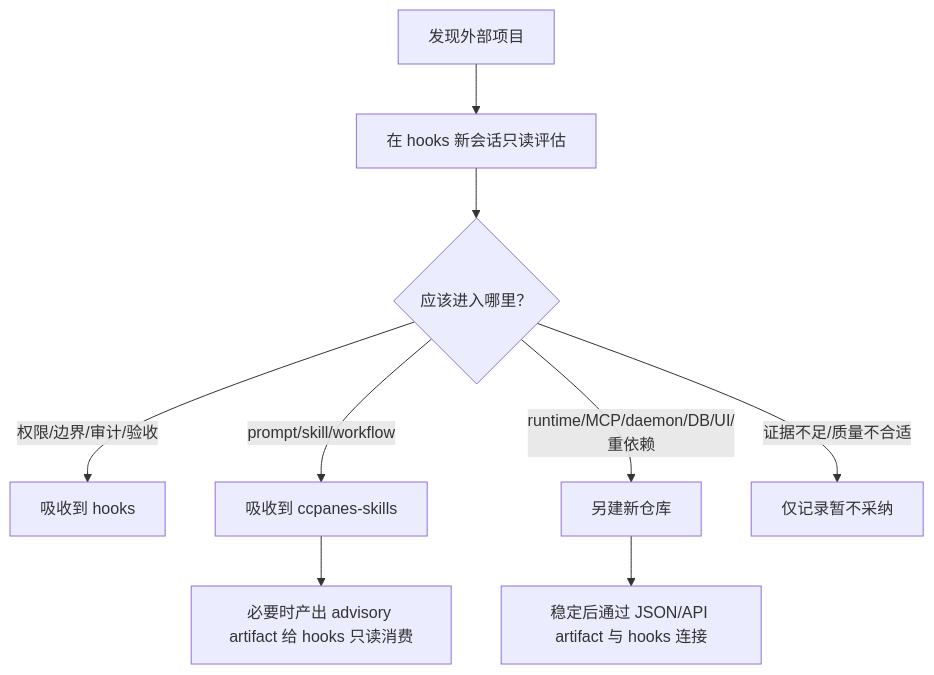
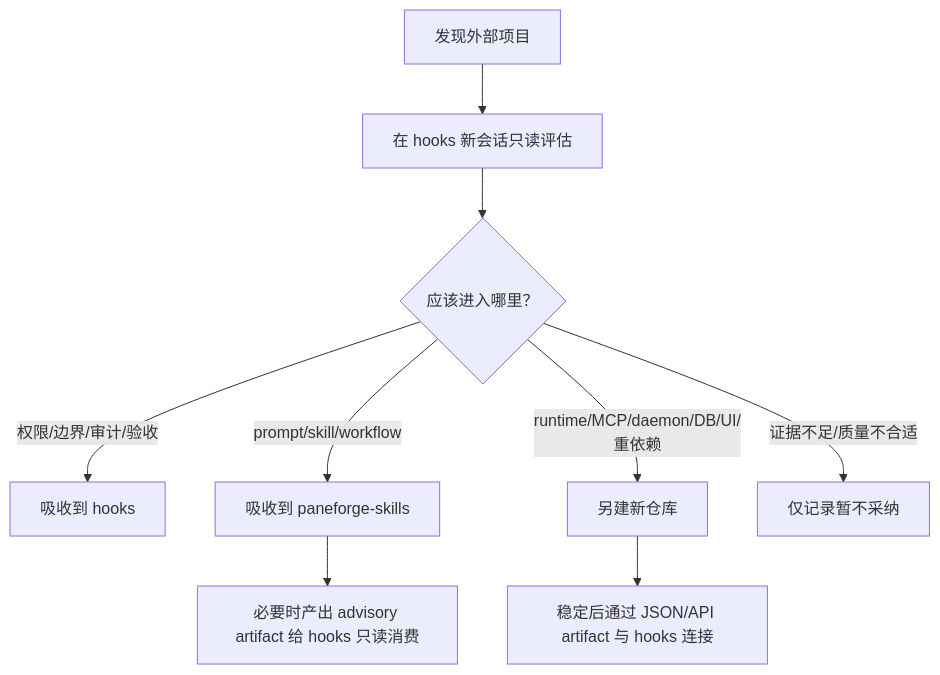
The diagram in docs/EXTERNAL-PROJECT-INTAKE-ROUTER.md (lihuabin1516-design/hooks), drawn with Mermaid before and after one commit. The commit also changed other lines of this file and 187 other files, not shown here.

````diff
--- a/docs/EXTERNAL-PROJECT-INTAKE-ROUTER.md
+++ b/docs/EXTERNAL-PROJECT-INTAKE-ROUTER.md
@@ -37,11 +37,11 @@
 ```mermaid
 flowchart TD
   P["发现外部项目"] --> E["在 hooks 新会话只读评估"]
   E --> Q{"应该进入哪里？"}
   Q -->|"权限/边界/审计/验收"| H["吸收到 hooks"]
-  Q -->|"prompt/skill/workflow"| S["吸收到 ccpanes-skills"]
+  Q -->|"prompt/skill/workflow"| S["吸收到 paneforge-skills"]
   Q -->|"runtime/MCP/daemon/DB/UI/重依赖"| R["另建新仓库"]
   Q -->|"证据不足/质量不合适"| N["仅记录暂不采纳"]
   S --> A["必要时产出 advisory artifact 给 hooks 只读消费"]
   R --> B["稳定后通过 JSON/API artifact 与 hooks 连接"]
 ```
````
